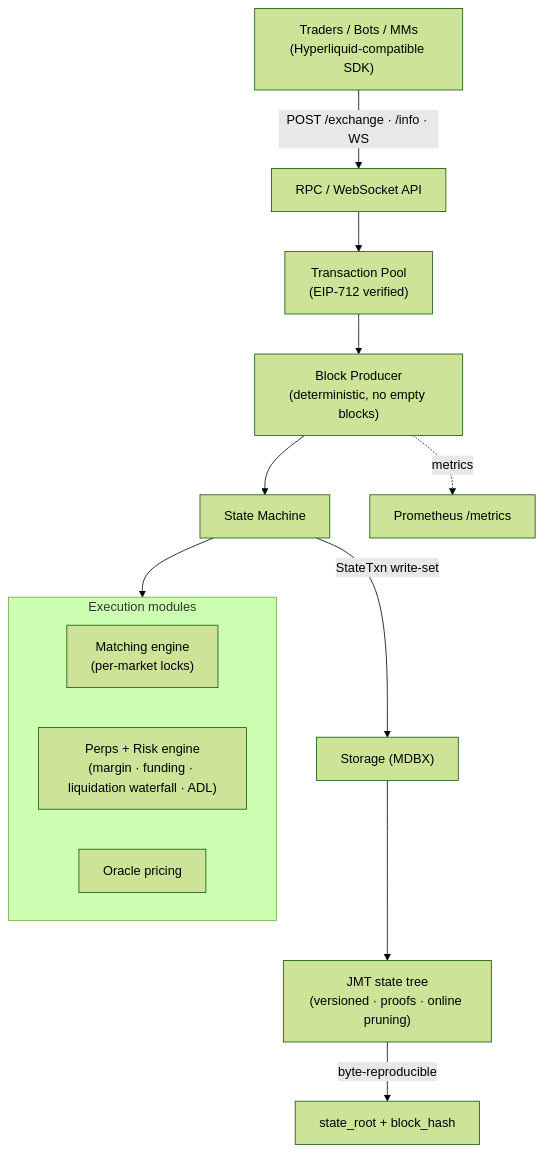
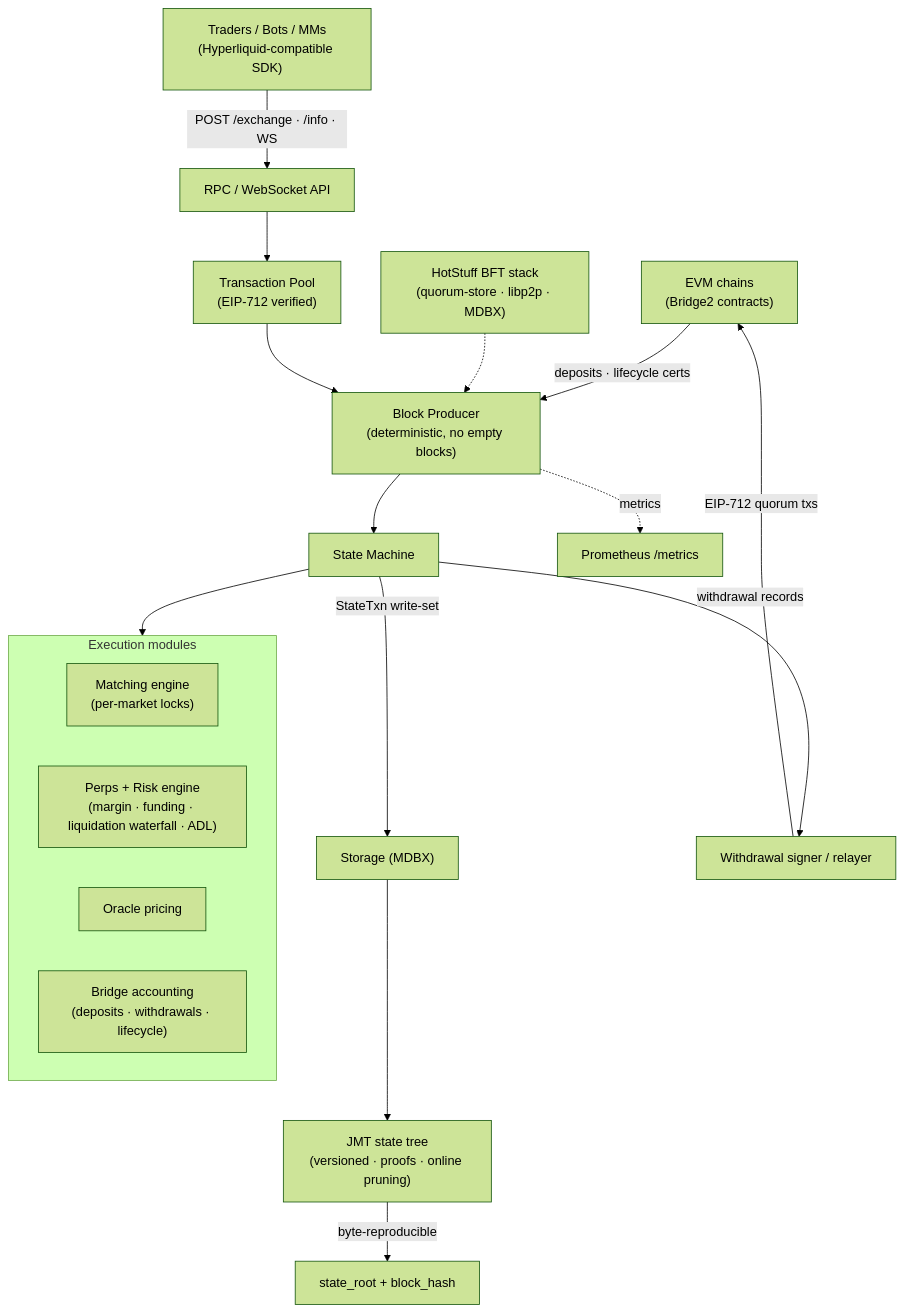
The diagram in profile/README.md (kubera-io/.github), drawn with Mermaid (forest theme) before and after one commit. The commit also changed other lines of this file and 2 other files, not shown here.

````diff
--- a/profile/README.md
+++ b/profile/README.md
@@ -83,17 +85,21 @@
 ```mermaid
 flowchart TB
+    EVM["EVM chains<br/>(Bridge2 contracts)"] -->|"deposits · lifecycle certs"| PROD
     SDK["Traders / Bots / MMs<br/>(Hyperliquid-compatible SDK)"] -->|"POST /exchange · /info · WS"| RPC["RPC / WebSocket API"]
     RPC --> POOL["Transaction Pool<br/>(EIP-712 verified)"]
+    BFT["HotStuff BFT stack<br/>(quorum-store · libp2p · MDBX)"] -.-> PROD
     POOL --> PROD["Block Producer<br/>(deterministic, no empty blocks)"]
     PROD --> SM["State Machine"]
     subgraph SM_MODULES["Execution modules"]
       MATCH["Matching engine<br/>(per-market locks)"]
       PERPS["Perps + Risk engine<br/>(margin · funding · liquidation waterfall · ADL)"]
       ORACLE["Oracle pricing"]
+      BRIDGE["Bridge accounting<br/>(deposits · withdrawals · lifecycle)"]
     end
     SM --> SM_MODULES
     SM -->|"StateTxn write-set"| STORE["Storage (MDBX)"]
     STORE --> JMT["JMT state tree<br/>(versioned · proofs · online pruning)"]
     JMT -->|"byte-reproducible"| ROOT["state_root + block_hash"]
+    SM -->|"withdrawal records"| RELAY["Withdrawal signer / relayer"] -->|"EIP-712 quorum txs"| EVM
     PROD -.metrics.-> OBS["Prometheus /metrics"]
 ```
````
